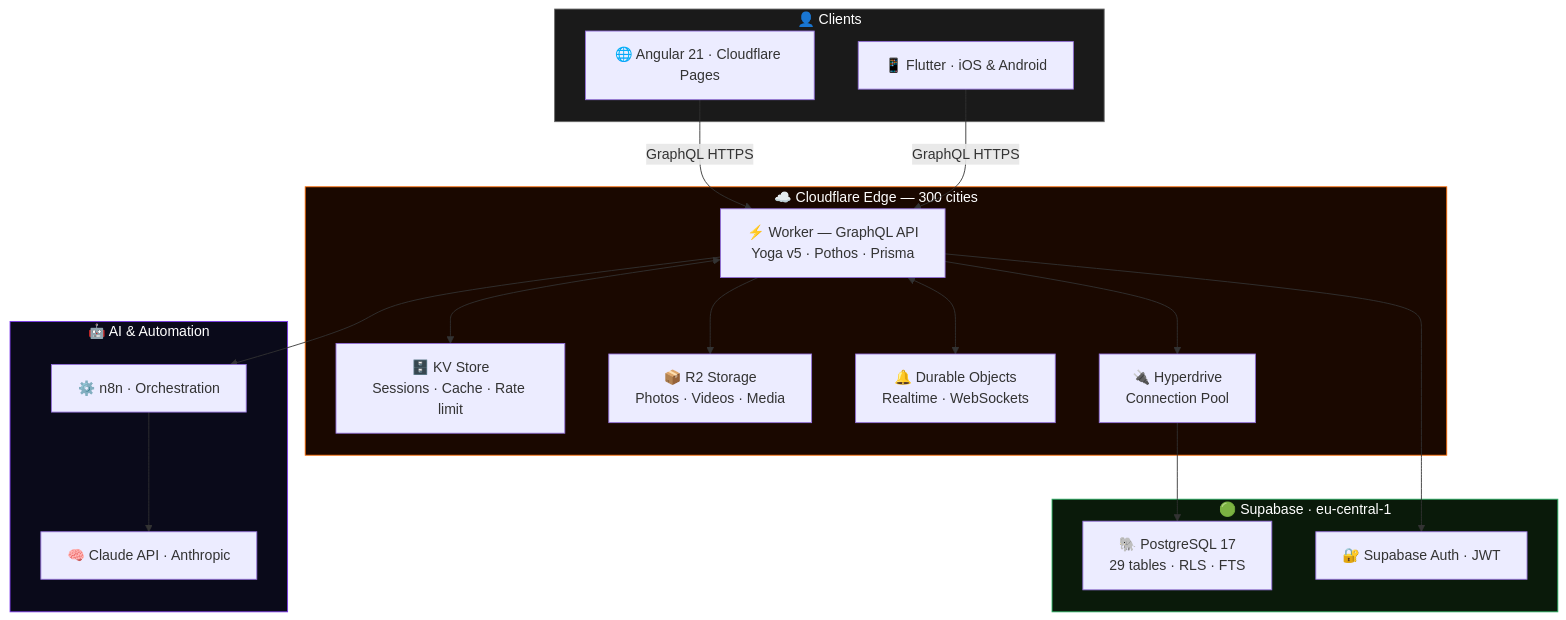
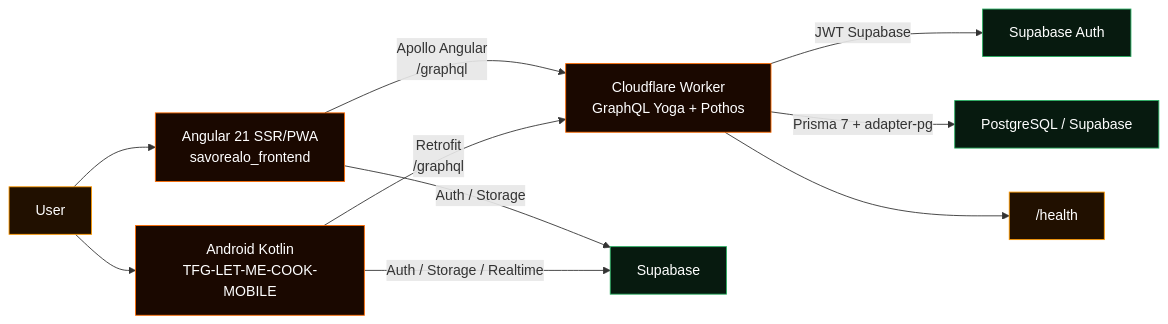
The first of 2 diagrams in README.en.md (savorealo/savorealo), drawn with Mermaid before and after one commit. The commit also changed other lines of this file and 7 other files, not shown here.

````diff
--- a/README.en.md
+++ b/README.en.md
@@ -153,39 +204,19 @@
 ```mermaid
-graph TD
-  subgraph C["👤 Clients"]
-    WEB["🌐 Angular 21 · Cloudflare Pages"]
-    MOB["📱 Flutter · iOS & Android"]
-  end
+flowchart LR
+  U["User"] --> A["Angular 21 SSR/PWA<br/>savorealo_frontend"]
+  U --> M["Android Kotlin<br/>TFG-LET-ME-COOK-MOBILE"]
+  A -->|Apollo Angular<br/>/graphql| W["Cloudflare Worker<br/>GraphQL Yoga + Pothos"]
+  M -->|Retrofit<br/>/graphql| W
+  A -->|Auth / Storage| S["Supabase"]
+  M -->|Auth / Storage / Realtime| S
+  W -->|JWT Supabase| AUTH["Supabase Auth"]
+  W -->|Prisma 7 + adapter-pg| DB["PostgreSQL / Supabase"]
+  W --> H["/health"]
 
-  subgraph CF["☁️ Cloudflare Edge — 300 cities"]
-    WORKER["⚡ Worker — GraphQL API\nYoga v5 · Pothos · Prisma"]
-    KV["🗄️ KV Store\nSessions · Cache · Rate limit"]
-    R2["📦 R2 Storage\nPhotos · Videos · Media"]
-    DO["🔔 Durable Objects\nRealtime · WebSockets"]
-    HYP["🔌 Hyperdrive\nConnection Pool"]
-  end
-
-  subgraph SB["🟢 Supabase · eu-central-1"]
-    PG["🐘 PostgreSQL 17\n29 tables · RLS · FTS"]
-    AUTH["🔐 Supabase Auth · JWT"]
-  end
-
-  subgraph AI["🤖 AI & Automation"]
-    N8N["⚙️ n8n · Orchestration"]
-    CLAUDE["🧠 Claude API · Anthropic"]
-  end
-
-  WEB -->|GraphQL HTTPS| WORKER
-  MOB -->|GraphQL HTTPS| WORKER
-  WORKER <--> KV
-  WORKER --> R2
-  WORKER <--> DO
-  WORKER --> HYP --> PG
-  WORKER --> AUTH
-  WORKER --> N8N --> CLAUDE
-
-  style CF fill:#1a0800,stroke:#FF6B00,color:#fff
-  style SB fill:#0a1a0a,stroke:#27ae60,color:#fff
-  style AI fill:#0a0a1a,stroke:#7c3aed,color:#fff
-  style C fill:#1a1a1a,stroke:#666,color:#fff
+  classDef orange fill:#1a0800,stroke:#ff6b00,color:#fff;
+  classDef amber fill:#211000,stroke:#ff9a00,color:#fff;
+  classDef green fill:#071a0f,stroke:#27ae60,color:#fff;
+  class A,M,W orange;
+  class DB,S,AUTH green;
+  class U,H amber;
 ```
````
